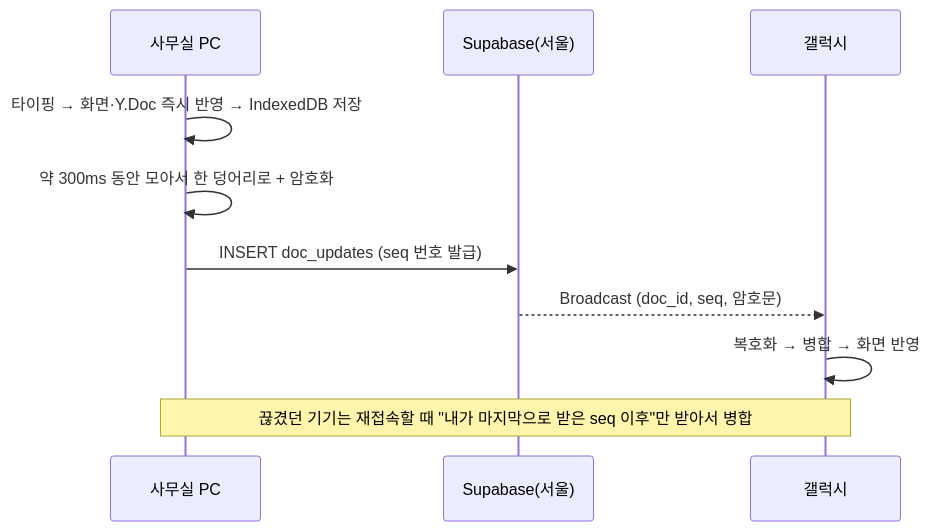
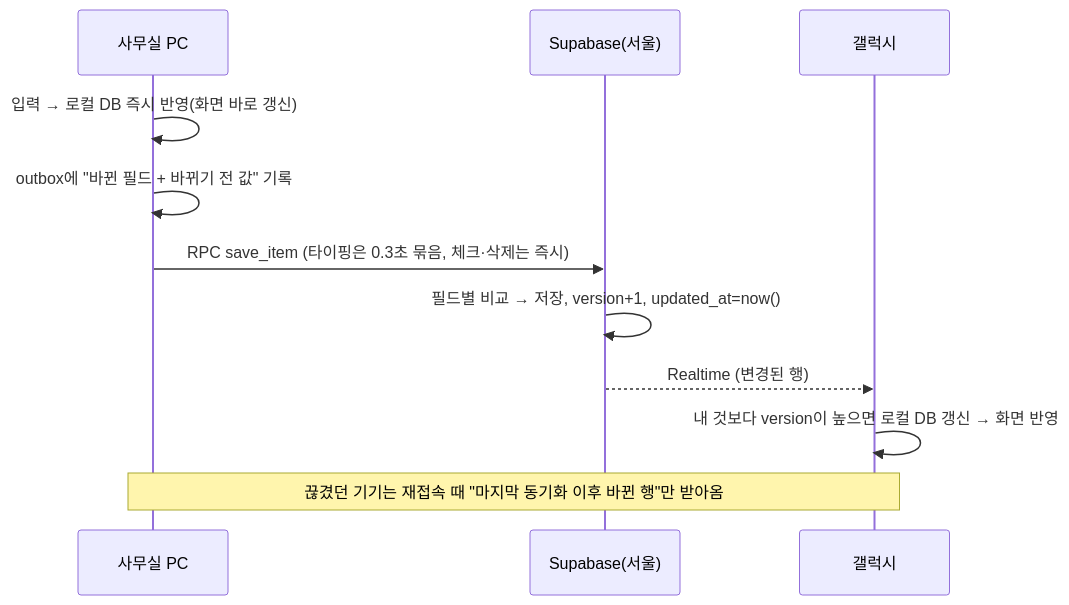
One commit to brat-KIM/BK-NOTE changed the second of 2 diagrams in docs/DESIGN.md. Above: the diagram before and after it, drawn with Mermaid. The commit also changed other lines of this file and 1 other file, not shown here.

````diff
--- a/docs/DESIGN.md
+++ b/docs/DESIGN.md
@@ -227,12 +300,13 @@
 ```mermaid
 sequenceDiagram
   participant A as 사무실 PC
   participant S as Supabase(서울)
   participant B as 갤럭시
-  A->>A: 타이핑 → 화면·Y.Doc 즉시 반영 → IndexedDB 저장
-  A->>A: 약 300ms 동안 모아서 한 덩어리로 + 암호화
-  A->>S: INSERT doc_updates (seq 번호 발급)
-  S-->>B: Broadcast (doc_id, seq, 암호문)
-  B->>B: 복호화 → 병합 → 화면 반영
-  Note over A,B: 끊겼던 기기는 재접속할 때 "내가 마지막으로 받은 seq 이후"만 받아서 병합
+  A->>A: 입력 → 로컬 DB 즉시 반영(화면 바로 갱신)
+  A->>A: outbox에 "바뀐 필드 + 바뀌기 전 값" 기록
+  A->>S: RPC save_item (타이핑은 0.3초 묶음, 체크·삭제는 즉시)
+  S->>S: 필드별 비교 → 저장, version+1, updated_at=now()
+  S-->>B: Realtime (변경된 행)
+  B->>B: 내 것보다 version이 높으면 로컬 DB 갱신 → 화면 반영
+  Note over A,B: 끊겼던 기기는 재접속 때 "마지막 동기화 이후 바뀐 행"만 받아옴
 ```
````
